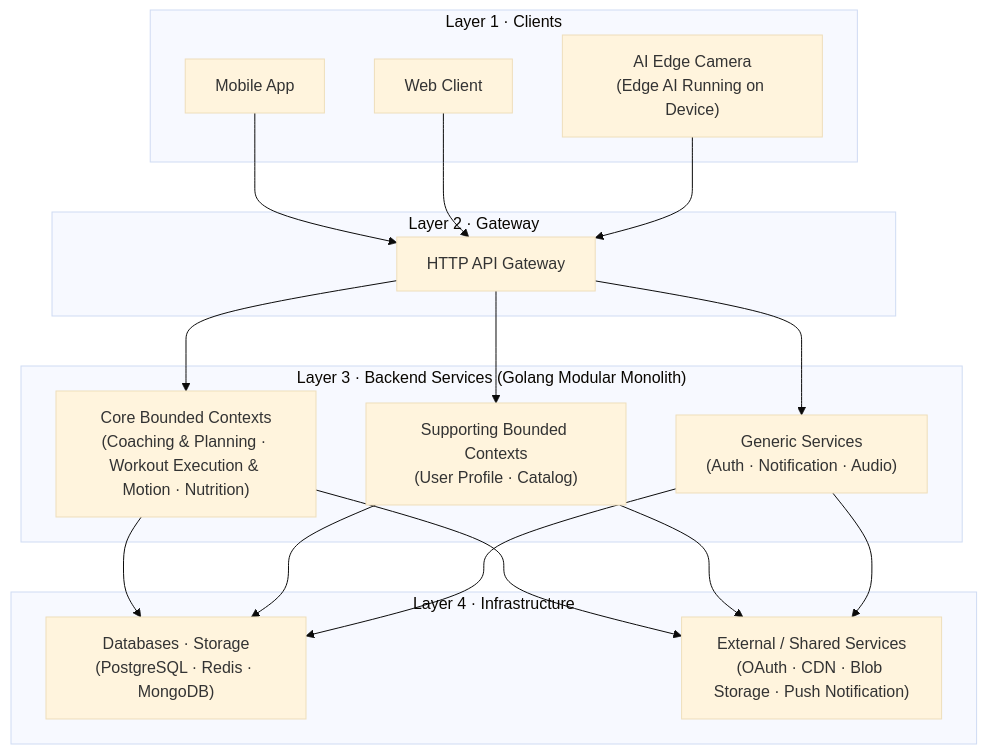
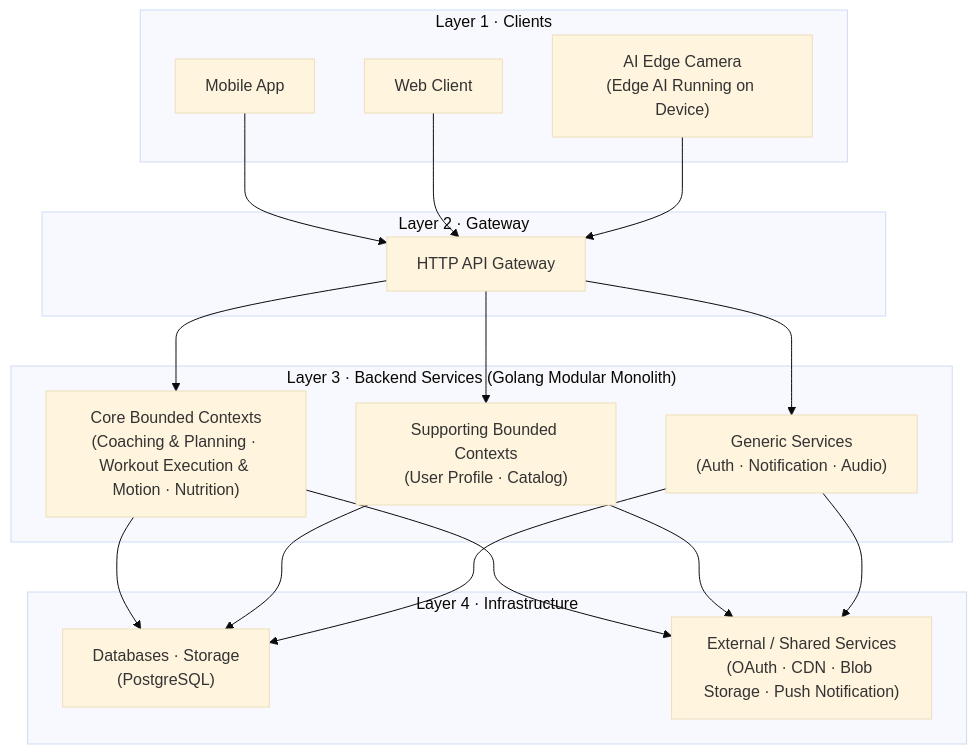
One commit to viethung213/gym-companion changed the diagram in docs/01_architecture.md. Above: the diagram before and after it, drawn with Mermaid (base theme). The commit also changed other lines of this file and 15 other files, not shown here.

````diff
--- a/docs/01_architecture.md
+++ b/docs/01_architecture.md
@@ -17,39 +17,39 @@
 ```mermaid
 graph TB
     subgraph "Layer 1 · Clients"
         Mobile["Mobile App"]
         Web["Web Client"]
         Edge["AI Edge Camera<br/>(Edge AI Running on Device)"]
     end
 
     subgraph "Layer 2 · Gateway"
         GW["HTTP API Gateway"]
     end
 
     subgraph "Layer 3 · Backend Services (Golang Modular Monolith)"
         Core["Core Bounded Contexts<br/>(Coaching & Planning · Workout Execution & Motion · Nutrition)"]
         Support["Supporting Bounded Contexts<br/>(User Profile · Catalog)"]
         Generic["Generic Services<br/>(Auth · Notification · Audio)"]
     end
 
     subgraph "Layer 4 · Infrastructure"
-        DB["Databases · Storage<br/>(PostgreSQL · Redis · MongoDB)"]
+        DB["Databases · Storage<br/>(PostgreSQL)"]
         Ext["External / Shared Services<br/>(OAuth · CDN · Blob Storage · Push Notification)"]
     end
 
     Mobile --> GW
     Web --> GW
     Edge --> GW
 
     GW --> Core
     GW --> Support
     GW --> Generic
 
     Core --> DB
     Support --> DB
     Generic --> DB
     
     Core --> Ext
     Support --> Ext
     Generic --> Ext
 ```
````
